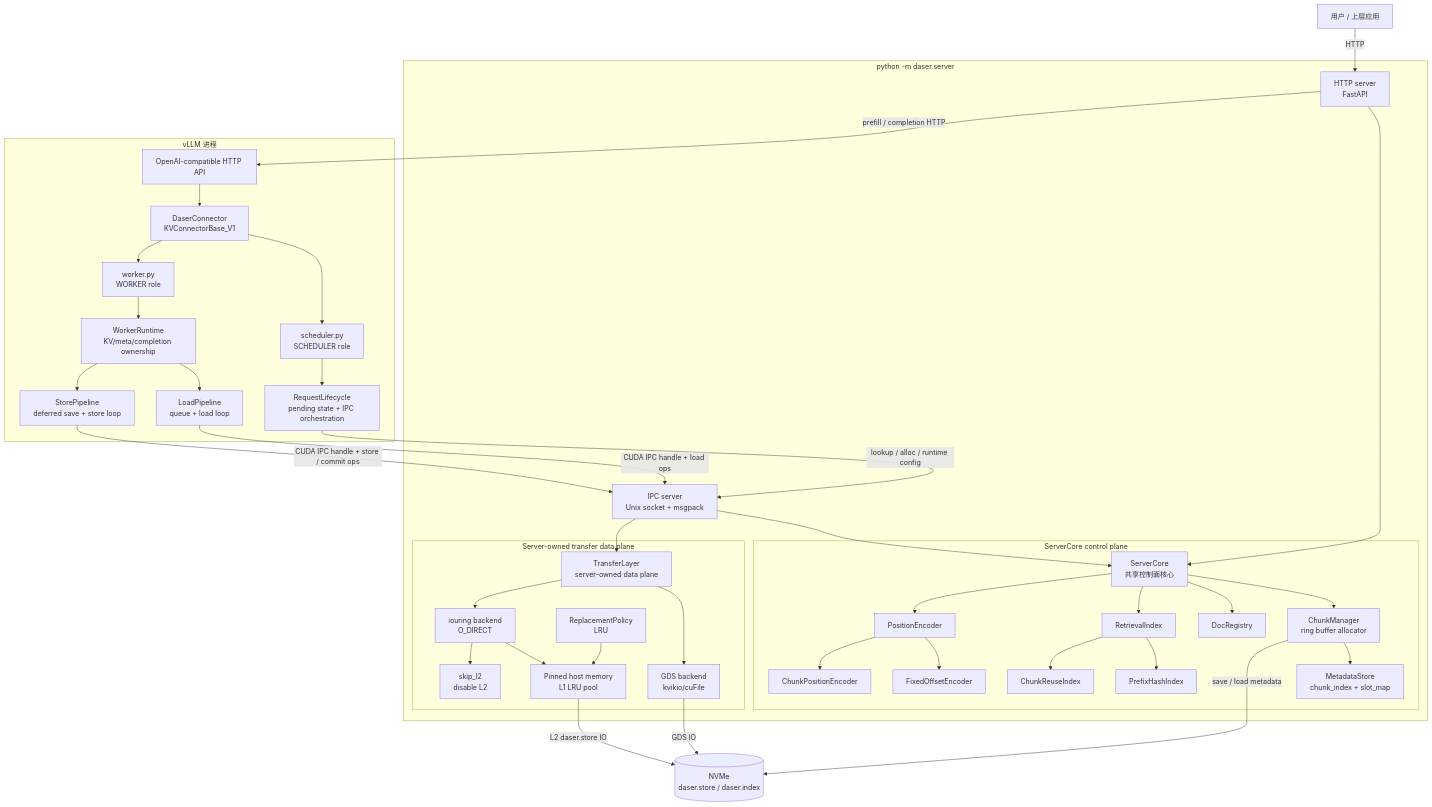
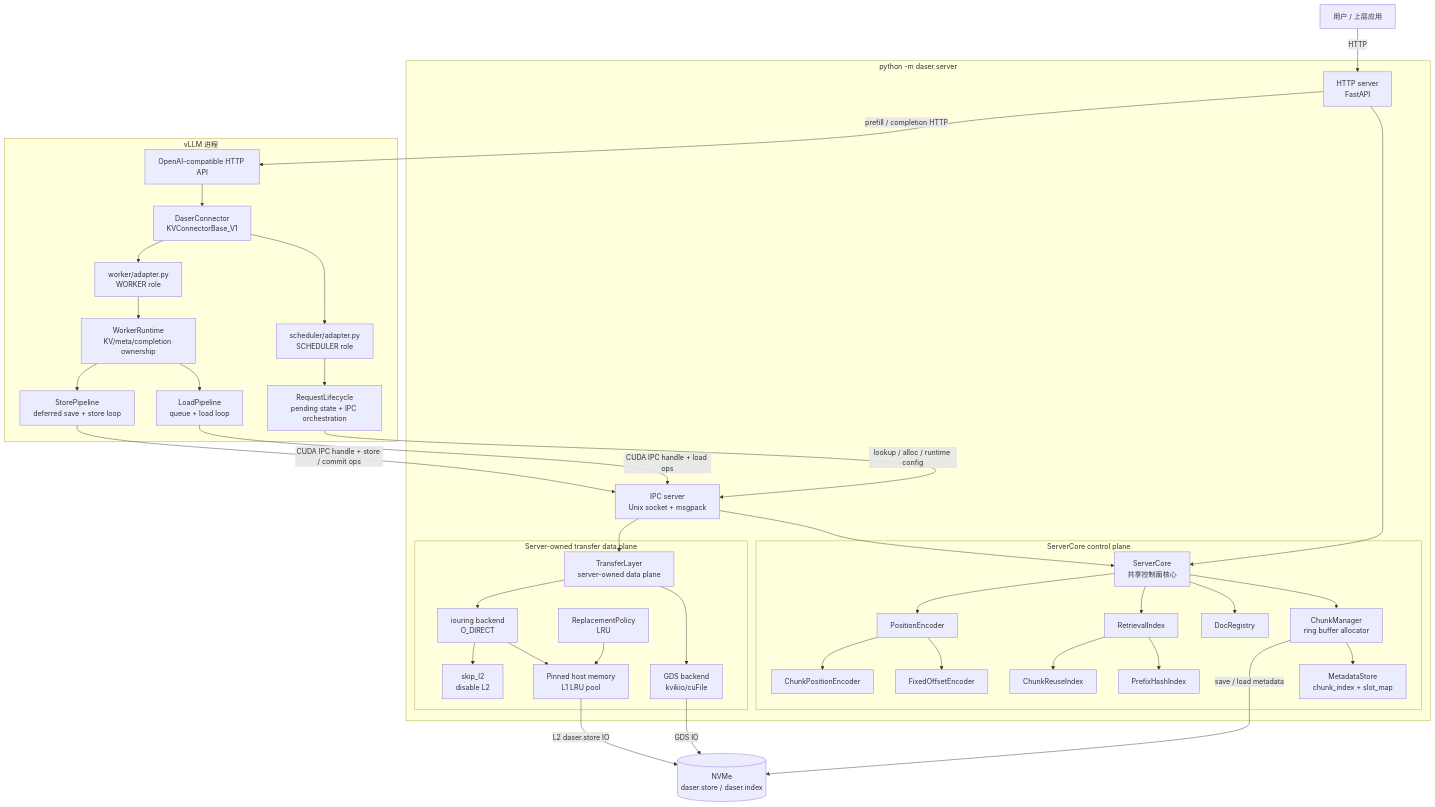
One commit to GentleCold/DaseR changed the first of 2 diagrams in docs/design/architecture.md. Above: the diagram before and after it, drawn with Mermaid. The commit also changed 29 other files, not shown here.

````diff
--- a/docs/design/architecture.md
+++ b/docs/design/architecture.md
@@ -11,80 +11,80 @@
 ```mermaid
 graph TB
     User["用户 / 上层应用"]
 
     subgraph server["python -m daser.server"]
         HTTP["HTTP server<br/>FastAPI"]
         IPC["IPC server<br/>Unix socket + msgpack"]
         subgraph core_owner["ServerCore control plane"]
             CORE["ServerCore<br/>共享控制面核心"]
             CM["ChunkManager<br/>ring buffer allocator"]
             MS["MetadataStore<br/>chunk_index + slot_map"]
             DR["DocRegistry"]
             RI["RetrievalIndex"]
             PRI["PrefixHashIndex"]
             CRI["ChunkReuseIndex"]
             PE["PositionEncoder"]
             FPE["FixedOffsetEncoder"]
             CPE["ChunkPositionEncoder"]
 
             CORE --> CM
             CORE --> DR
             CORE --> RI
             CORE --> PE
             CM --> MS
             RI --> PRI
             RI --> CRI
             PE --> FPE
             PE --> CPE
         end
 
         subgraph transfer_owner["Server-owned transfer data plane"]
             TL["TransferLayer<br/>server-owned data plane"]
             GDS["GDS backend<br/>kvikio/cuFile"]
             IOR["iouring backend<br/>O_DIRECT"]
             SKIP["skip_l2<br/>disable L2"]
             L1["Pinned host memory<br/>L1 LRU pool"]
             RP["ReplacementPolicy<br/>LRU"]
 
             TL --> GDS
             TL --> IOR
             IOR --> L1
             IOR --> SKIP
             RP --> L1
         end
 
         HTTP --> CORE
         IPC --> CORE
         IPC --> TL
     end
 
     subgraph vllm["vLLM 进程"]
         VAPI["OpenAI-compatible HTTP API"]
         DC["DaserConnector<br/>KVConnectorBase_V1"]
-        SCHED["scheduler.py<br/>SCHEDULER role"]
-        WORKER["worker.py<br/>WORKER role"]
+        SCHED["scheduler/adapter.py<br/>SCHEDULER role"]
+        WORKER["worker/adapter.py<br/>WORKER role"]
         LIFE["RequestLifecycle<br/>pending state + IPC orchestration"]
         RUNTIME["WorkerRuntime<br/>KV/meta/completion ownership"]
         LOAD["LoadPipeline<br/>queue + load loop"]
         STORE["StorePipeline<br/>deferred save + store loop"]
 
         VAPI --> DC
         DC --> SCHED
         DC --> WORKER
         SCHED --> LIFE
         WORKER --> RUNTIME
         RUNTIME --> LOAD
         RUNTIME --> STORE
     end
 
     NVMe[("NVMe<br/>daser.store / daser.index")]
 
     User -- "HTTP" --> HTTP
     HTTP -- "prefill / completion HTTP" --> VAPI
     LIFE -- "lookup / alloc / runtime config" --> IPC
     LOAD -- "CUDA IPC handle + load ops" --> IPC
     STORE -- "CUDA IPC handle + store / commit ops" --> IPC
     GDS -- "GDS IO" --> NVMe
     L1 -- "L2 daser.store IO" --> NVMe
     CM -- "save / load metadata" --> NVMe
 ```
````
